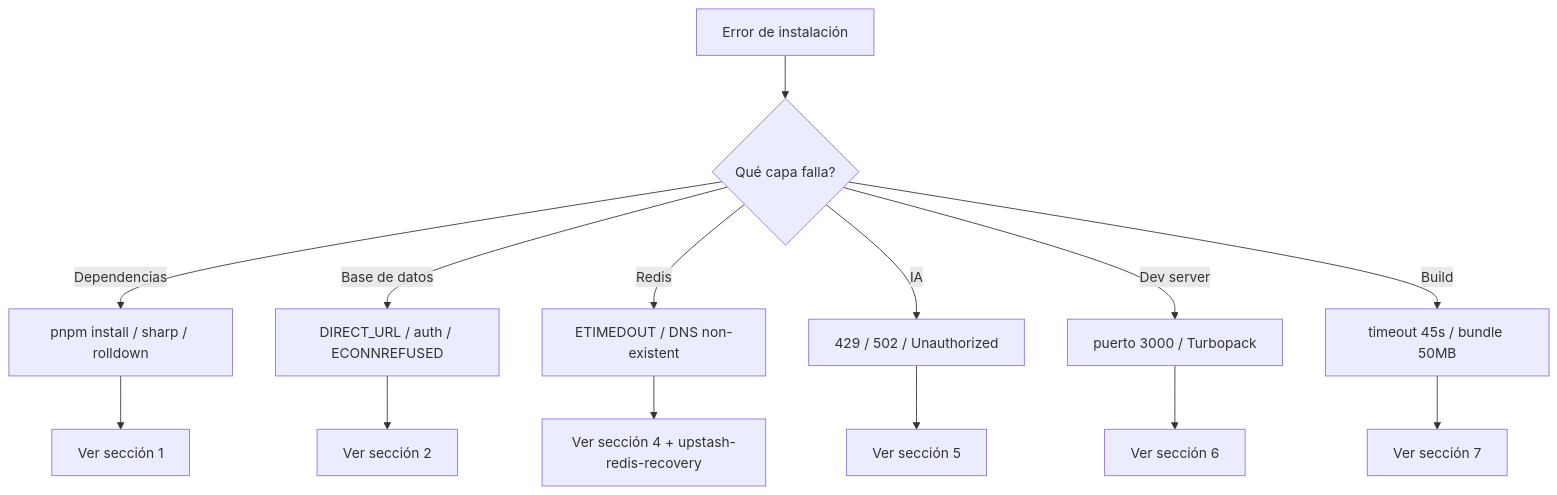
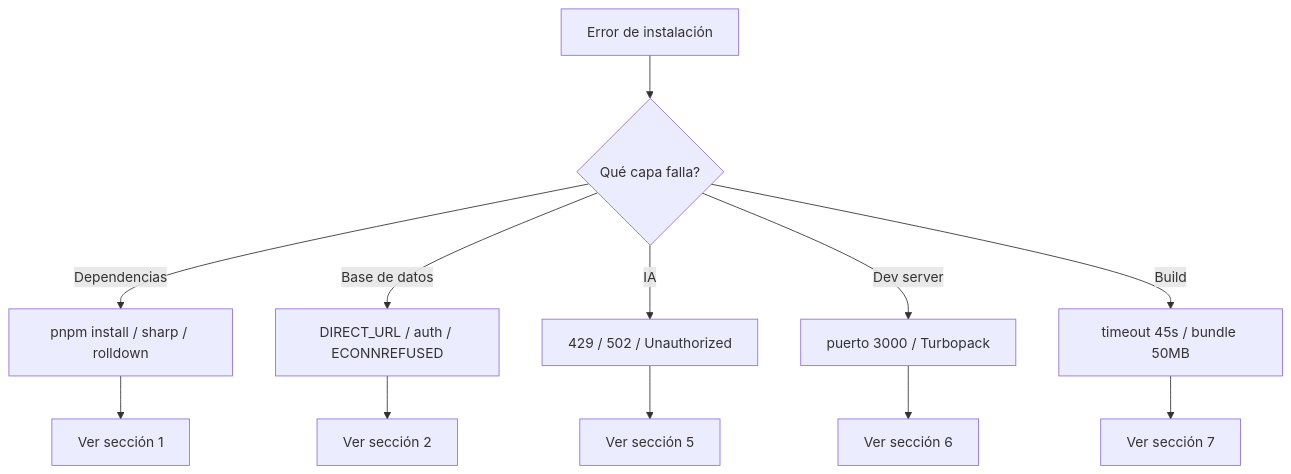
One commit to StrategicConnex/StrategicConnexAudit changed the first of 2 diagrams in docs/guides/troubleshooting.md. Above: the diagram before and after it, drawn with Mermaid. The commit also changed other lines of this file and 67 other files, not shown here.

````diff
--- a/docs/guides/troubleshooting.md
+++ b/docs/guides/troubleshooting.md
@@ -887,16 +855,14 @@
 ```mermaid
 flowchart TD
   A[Error de instalación] --> B{Qué capa falla?}
   B -->|Dependencias| C[pnpm install / sharp / rolldown]
   B -->|Base de datos| D[DIRECT_URL / auth / ECONNREFUSED]
-  B -->|Redis| E[ETIMEDOUT / DNS non-existent]
   B -->|IA| F[429 / 502 / Unauthorized]
   B -->|Dev server| G[puerto 3000 / Turbopack]
   B -->|Build| H[timeout 45s / bundle 50MB]
   C --> I[Ver sección 1]
   D --> J[Ver sección 2]
-  E --> K[Ver sección 4 + upstash-redis-recovery]
   F --> L[Ver sección 5]
   G --> M[Ver sección 6]
   H --> N[Ver sección 7]
 ```
````
